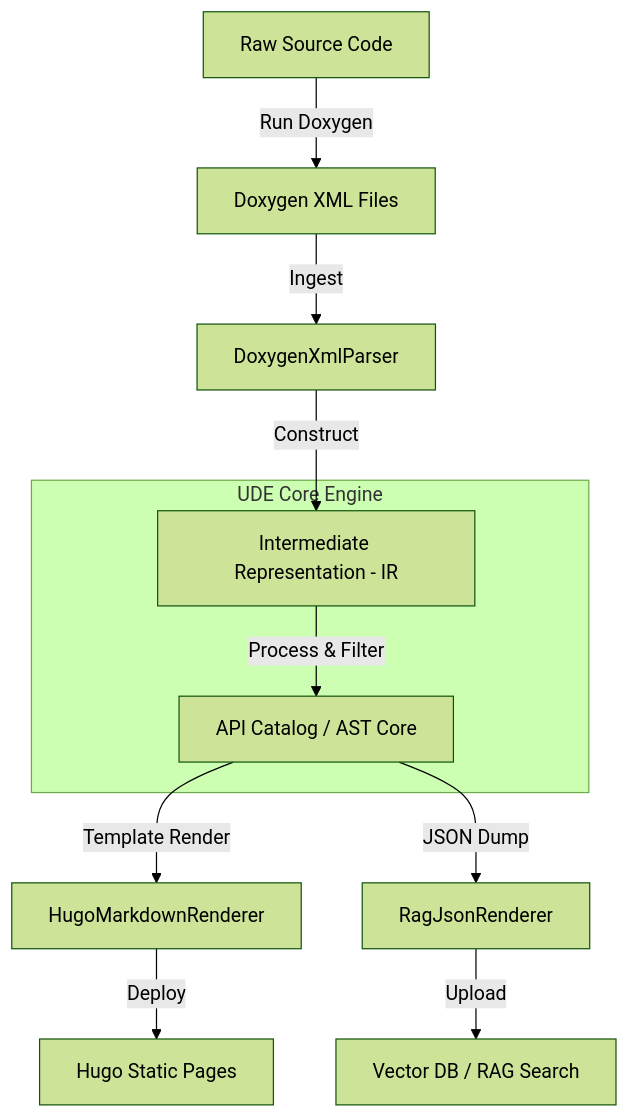
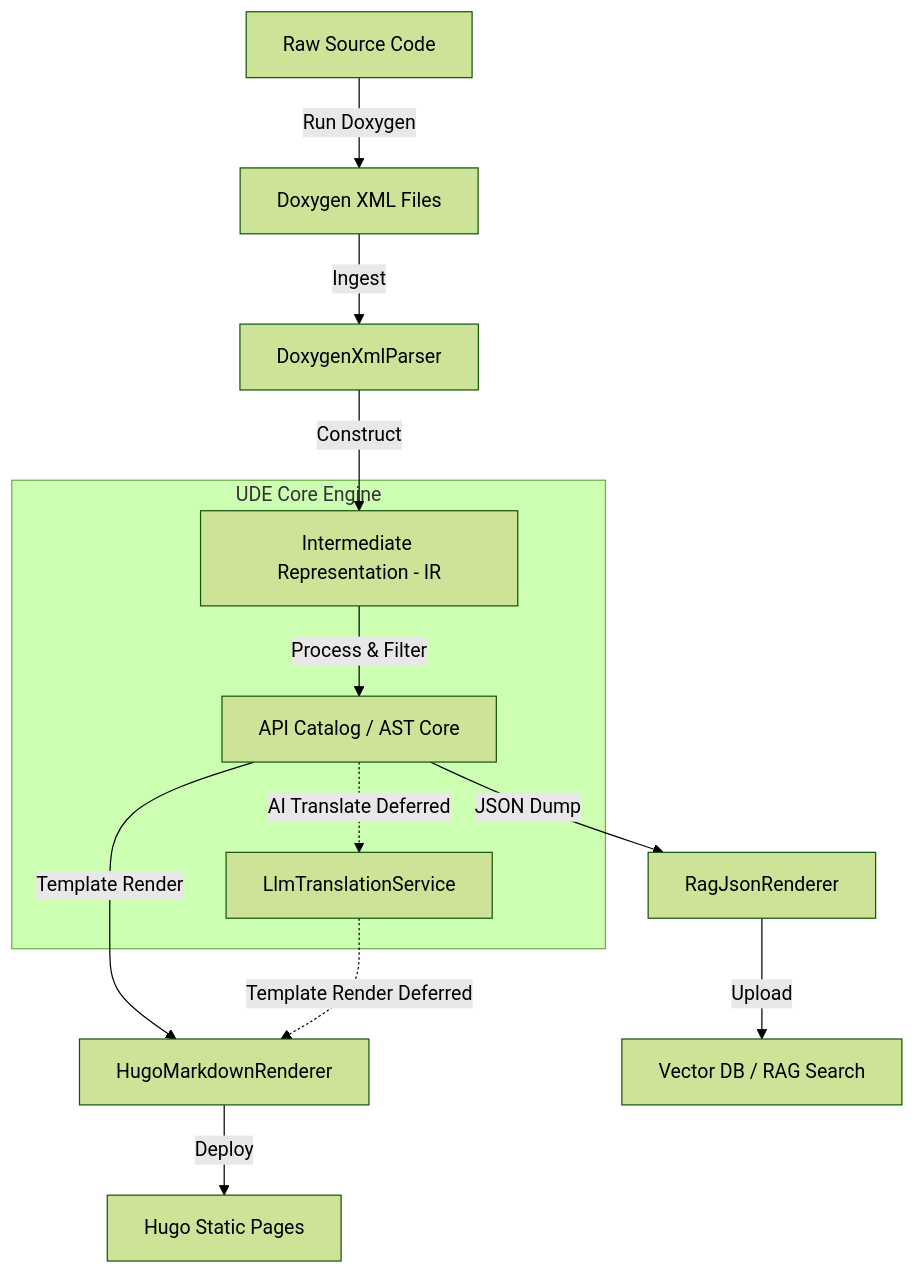
Before and after one commit to Sir-Derryk/ude-design-docs: the diagram in docs/sdd/index.md, drawn with Mermaid (forest theme). The commit also changed other lines of this file and 22 other files, not shown here.

````diff
--- a/docs/sdd/index.md
+++ b/docs/sdd/index.md
@@ -14,16 +14,18 @@
 ```mermaid
 graph TD
     A[Raw Source Code] -->|Run Doxygen| B[Doxygen XML Files]
     B -->|Ingest| C[DoxygenXmlParser]
     C -->|Construct| D[Intermediate Representation - IR]
     
     subgraph UDE Core Engine
         D -->|Process & Filter| E[API Catalog / AST Core]
+        E -.->|AI Translate Deferred| LT[LlmTranslationService]
     end
     
     E -->|Template Render| F[HugoMarkdownRenderer]
+    LT -.->|Template Render Deferred| F
     E -->|JSON Dump| G[RagJsonRenderer]
     
     F -->|Deploy| H[Hugo Static Pages]
     G -->|Upload| I[Vector DB / RAG Search]
 ```
````
